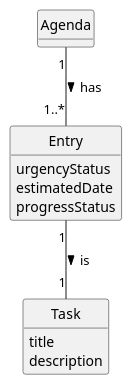
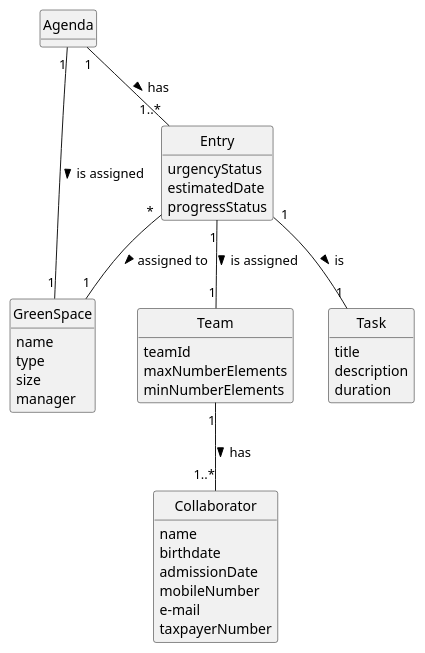
Before and after one commit to ricardomm7/leaflink: the diagram in docs/sprintC/us024/02.analysis/puml/us024-domain-model.puml, drawn with PlantUML. The commit also changed 23 other files, not shown here.

```diff
--- a/docs/sprintC/us024/02.analysis/puml/us024-domain-model.puml
+++ b/docs/sprintC/us024/02.analysis/puml/us024-domain-model.puml
@@ -1,40 +1,69 @@
 @startuml
 skinparam monochrome true
 skinparam packageStyle rectangle
 skinparam shadowing false
 
 'left to right direction
 
 skinparam classAttributeIconSize 0
 
 hide circle
 hide methods
 
 
+class Collaborator {
+    name
+    birthdate
+    admissionDate
+    mobileNumber
+    e-mail
+    taxpayerNumber
+}
+
+class Team {
+    teamId
+    maxNumberElements
+    minNumberElements
+}
+
+class GreenSpace{
+name
+type
+size
+manager
+
+}
 
 class Entry {
     urgencyStatus
     estimatedDate
     progressStatus
 
 }
 
 
 class Task {
     title
     description
+    duration
 
 }
 
 class Agenda{
 }
 
-
-
-
-
 Agenda "1" -- "1..*" Entry: has >
 
 Entry "1" -- "1" Task: is >
 
+Entry "*" -- "1" GreenSpace : assigned to >
+
+Entry "1" -- "1" Team : is assigned >
+
+Team "1" -- "1..*" Collaborator : has >
+
+Agenda "1" -- "1" GreenSpace : is assigned >
+
+
+
 @enduml
```
